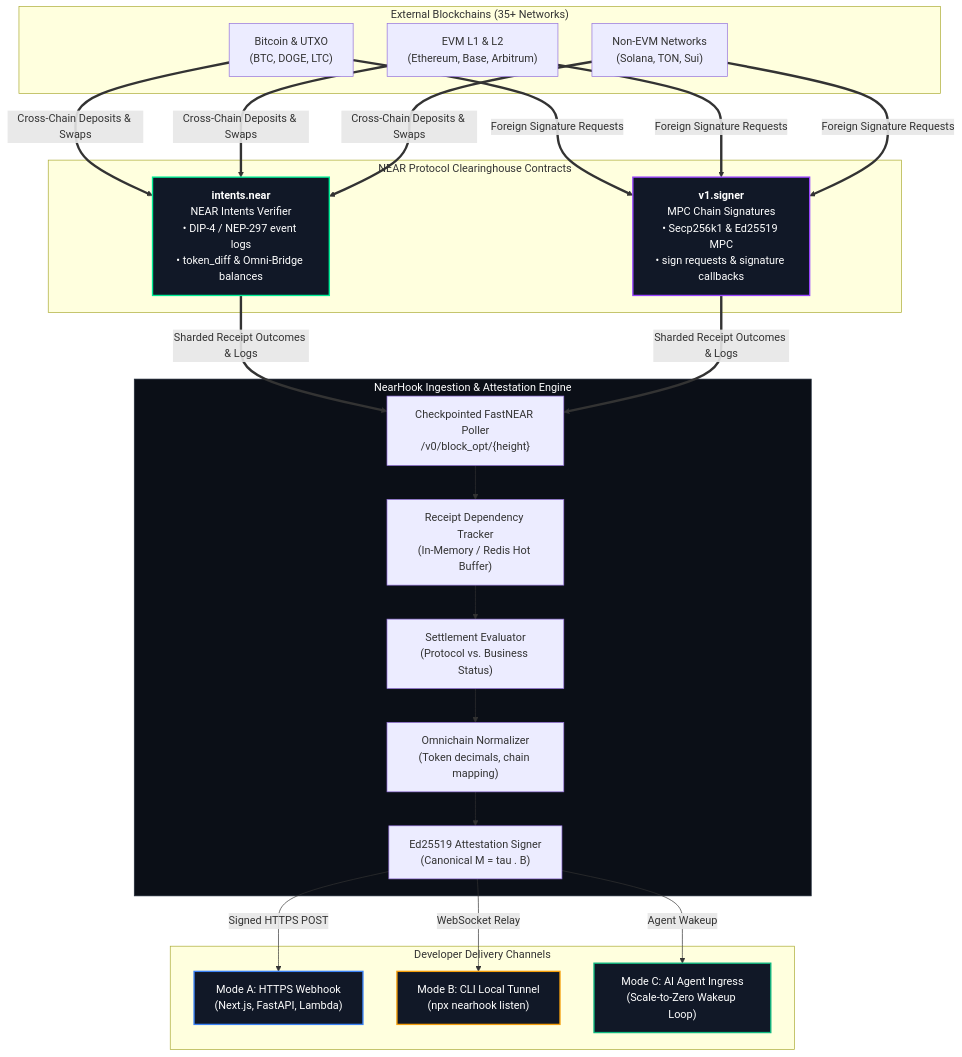
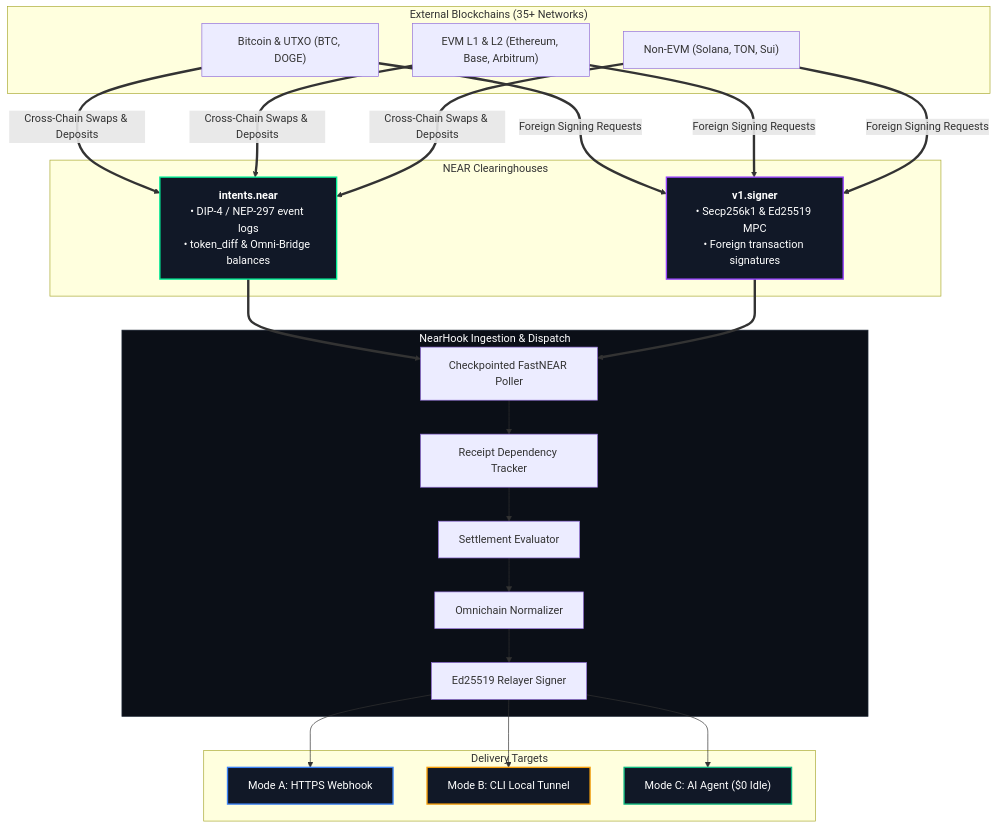
Before and after one commit to Team-Managed/NEARHook: the third of 7 diagrams in whitepaper.md, drawn with Mermaid. The commit also changed other lines of this file and 4 other files, not shown here.

````diff
--- a/whitepaper.md
+++ b/whitepaper.md
@@ -178,47 +129,40 @@
 ```mermaid
 flowchart TD
     subgraph External["External Blockchains (35+ Networks)"]
-        BTC["Bitcoin & UTXO<br/>(BTC, DOGE, LTC)"]
-        EVM["EVM L1 & L2<br/>(Ethereum, Base, Arbitrum)"]
-        NonEVM["Non-EVM Networks<br/>(Solana, TON, Sui)"]
+        BTC["Bitcoin & UTXO (BTC, DOGE)"]
+        EVM["EVM L1 & L2 (Ethereum, Base, Arbitrum)"]
+        NonEVM["Non-EVM (Solana, TON, Sui)"]
     end
 
-    subgraph Clearinghouse["NEAR Protocol Clearinghouse Contracts"]
-        Intents["<b>intents.near</b><br/>NEAR Intents Verifier<br/>• DIP-4 / NEP-297 event logs<br/>• token_diff & Omni-Bridge balances"]
-        Signer["<b>v1.signer</b><br/>MPC Chain Signatures<br/>• Secp256k1 & Ed25519 MPC<br/>• sign requests & signature callbacks"]
+    subgraph Clearinghouse["NEAR Clearinghouses"]
+        Intents["<b>intents.near</b><br/>• DIP-4 / NEP-297 event logs<br/>• token_diff & Omni-Bridge balances"]
+        Signer["<b>v1.signer</b><br/>• Secp256k1 & Ed25519 MPC<br/>• Foreign transaction signatures"]
     end
 
-    subgraph NearHook["NearHook Ingestion & Attestation Engine"]
-        Poller["Checkpointed FastNEAR Poller<br/>/v0/block_opt/{height}"]
-        Tracker["Receipt Dependency Tracker<br/>(In-Memory / Redis Hot Buffer)"]
-        Evaluator["Settlement Evaluator<br/>(Protocol vs. Business Status)"]
-        Normalizer["Omnichain Normalizer<br/>(Token decimals, chain mapping)"]
-        SignerRelayer["Ed25519 Attestation Signer<br/>(Canonical M = tau . B)"]
+    subgraph NearHook["NearHook Ingestion & Dispatch"]
+        Poller["Checkpointed FastNEAR Poller"]
+        Tracker["Receipt Dependency Tracker"]
+        Evaluator["Settlement Evaluator"]
+        Normalizer["Omnichain Normalizer"]
+        Attestation["Ed25519 Relayer Signer"]
     end
 
-    subgraph Ingress["Developer Delivery Channels"]
-        CloudWebhook["Mode A: HTTPS Webhook<br/>(Next.js, FastAPI, Lambda)"]
-        CLITunnel["Mode B: CLI Local Tunnel<br/>(npx nearhook listen)"]
-        AIAgent["Mode C: AI Agent Ingress<br/>(Scale-to-Zero Wakeup Loop)"]
+    subgraph Ingress["Delivery Targets"]
+        CloudWebhook["Mode A: HTTPS Webhook"]
+        CLITunnel["Mode B: CLI Local Tunnel"]
+        AIAgent["Mode C: AI Agent ($0 Idle)"]
     end
 
-    BTC & EVM & NonEVM ==>|"Cross-Chain Deposits & Swaps"| Intents
-    BTC & EVM & NonEVM ==>|"Foreign Signature Requests"| Signer
-
-    Intents & Signer ==>|"Sharded Receipt Outcomes & Logs"| Poller
-    Poller --> Tracker
-    Tracker --> Evaluator
-    Evaluator --> Normalizer
-    Normalizer --> SignerRelayer
-
-    SignerRelayer -->|"Signed HTTPS POST"| CloudWebhook
-    SignerRelayer -->|"WebSocket Relay"| CLITunnel
-    SignerRelayer -->|"Agent Wakeup"| AIAgent
+    BTC & EVM & NonEVM ==>|"Cross-Chain Swaps & Deposits"| Intents
+    BTC & EVM & NonEVM ==>|"Foreign Signing Requests"| Signer
+    Intents & Signer ==> Poller
+    Poller --> Tracker --> Evaluator --> Normalizer --> Attestation
+    Attestation --> CloudWebhook & CLITunnel & AIAgent
 
     style Intents fill:#111827,stroke:#00EC97,stroke-width:2px,color:#fff
     style Signer fill:#111827,stroke:#9945FF,stroke-width:2px,color:#fff
     style NearHook fill:#0B0F17,stroke:#1F2937,stroke-width:1px,color:#fff
     style CloudWebhook fill:#111827,stroke:#3B82F6,stroke-width:2px,color:#fff
     style CLITunnel fill:#111827,stroke:#F59E0B,stroke-width:2px,color:#fff
     style AIAgent fill:#111827,stroke:#10B981,stroke-width:2px,color:#fff
 ```
````
